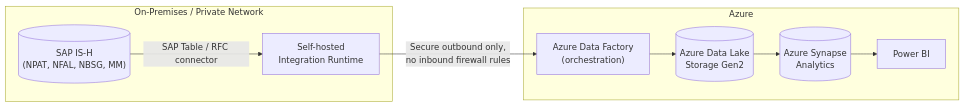
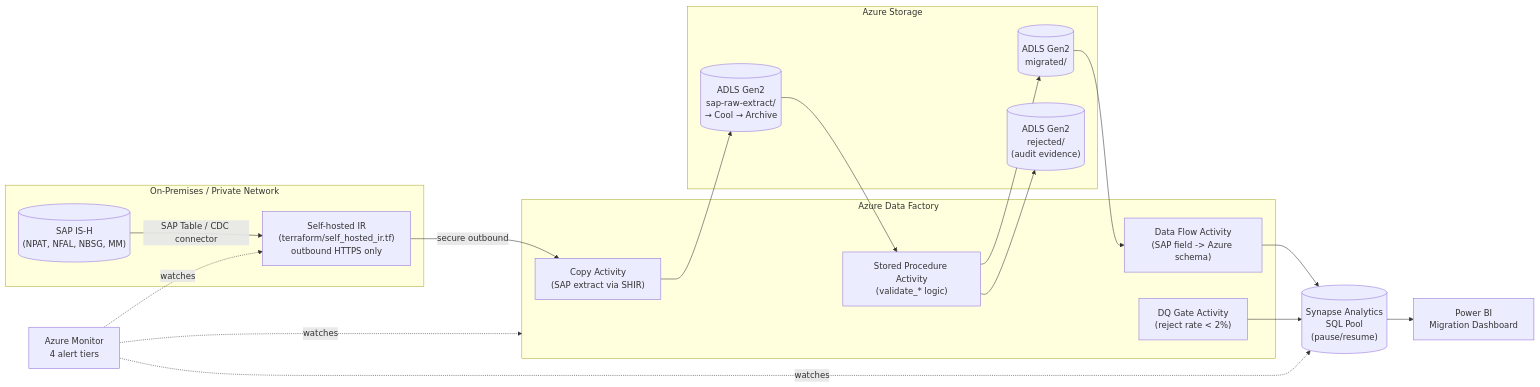
One commit to AndiswaMatai/healthcare-sap-cloud-migration- changed the diagram in README.md. Above: the diagram before and after it, drawn with Mermaid. The commit also changed other lines of this file, not shown here.

First line of the commit message:
Enhance README with badges and architecture updates

````diff
--- a/README.md
+++ b/README.md
@@ -97,20 +96,36 @@
 ```mermaid
 flowchart LR
     subgraph OnPrem["On-Premises / Private Network"]
         SAP[("SAP IS-H\n(NPAT, NFAL, NBSG, MM)")]
-        SHIR["Self-hosted\nIntegration Runtime"]
-        SAP -->|SAP Table / RFC connector| SHIR
+        SHIR["Self-hosted IR\n(terraform/self_hosted_ir.tf)\noutbound HTTPS only"]
+        SAP -->|SAP Table / CDC connector| SHIR
     end
 
-    subgraph Azure["Azure"]
-        ADF["Azure Data Factory\n(orchestration)"]
-        ADLS[("Azure Data Lake\nStorage Gen2")]
-        Synapse[("Azure Synapse\nAnalytics")]
-        PBI["Power BI"]
+    subgraph ADF["Azure Data Factory"]
+        Extract["Copy Activity\n(SAP extract via SHIR)"]
+        Validate["Stored Procedure Activity\n(validate_* logic)"]
+        Transform["Data Flow Activity\n(SAP field -> Azure schema)"]
+        DQGate["DQ Gate Activity\n(reject rate < 2%)"]
     end
 
-    SHIR -->|Secure outbound only,\nno inbound firewall rules| ADF
-    ADF --> ADLS
-    ADLS --> Synapse
-    Synapse --> PBI
+    subgraph Storage["Azure Storage"]
+        RawZone[("ADLS Gen2\nsap-raw-extract/\n→ Cool → Archive")]
+        MigratedZone[("ADLS Gen2\nmigrated/")]
+        RejectedZone[("ADLS Gen2\nrejected/\n(audit evidence)")]
+    end
+
+    Synapse[("Synapse Analytics\nSQL Pool\n(pause/resume)")]
+    PBI["Power BI\nMigration Dashboard"]
+
+    Monitor["Azure Monitor\n4 alert tiers"]
+
+    SHIR -->|secure outbound| Extract
+    Extract --> RawZone --> Validate
+    Validate --> MigratedZone
+    Validate --> RejectedZone
+    MigratedZone --> Transform --> Synapse --> PBI
+    DQGate --> Synapse
+    Monitor -.watches.-> ADF
+    Monitor -.watches.-> SHIR
+    Monitor -.watches.-> Synapse
 ```
````
